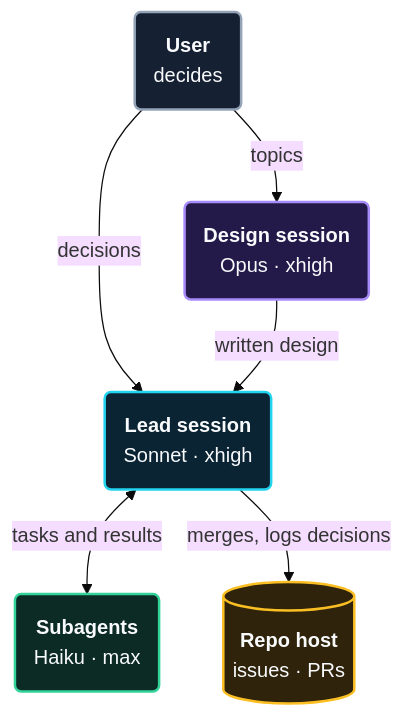
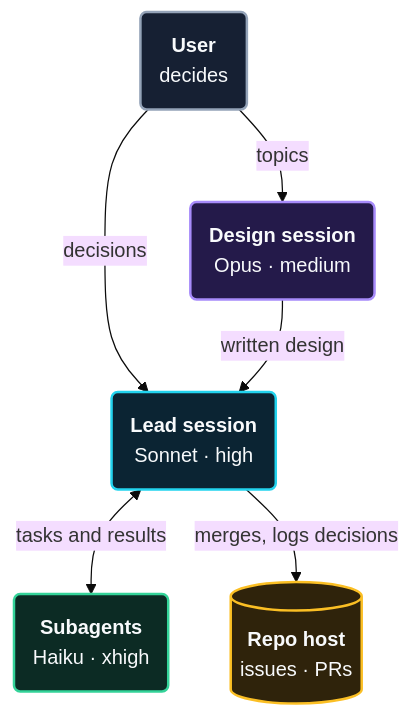
One commit to Herz-Cloud-AI-GmbH/claude-session-management changed the diagram in docs/inter-session-management.md. Above: the diagram before and after it, drawn with Mermaid (base theme). The commit also changed other lines of this file and 9 other files, not shown here.

````diff
--- a/docs/inter-session-management.md
+++ b/docs/inter-session-management.md
@@ -18,18 +18,18 @@
 ```mermaid
 flowchart TB
   User("<b>User</b><br/>decides"):::user
-  Design("<b>Design session</b><br/>Opus · xhigh"):::design
-  Lead("<b>Lead session</b><br/>Sonnet · xhigh"):::lead
-  Sub("<b>Subagents</b><br/>Haiku · max"):::sub
+  Design("<b>Design session</b><br/>Opus · medium"):::design
+  Lead("<b>Lead session</b><br/>Sonnet · high"):::lead
+  Sub("<b>Subagents</b><br/>Haiku · xhigh"):::sub
   Host[("<b>Repo host</b><br/>issues · PRs")]:::host
   User -- "topics" --> Design
   User -- "decisions" --> Lead
   Design -- "written design" --> Lead
   Lead <-->|"tasks and results"| Sub
   Lead -- "merges, logs decisions" --> Host
   classDef user fill:#162033,stroke:#94a3b8,stroke-width:2px,color:#f8fafc
   classDef design fill:#241a4a,stroke:#a78bfa,stroke-width:2px,color:#f8fafc
   classDef lead fill:#0b2433,stroke:#22d3ee,stroke-width:2px,color:#f8fafc
   classDef sub fill:#0c2b24,stroke:#34d399,stroke-width:2px,color:#f8fafc
   classDef host fill:#2f230b,stroke:#fbbf24,stroke-width:2px,color:#f8fafc
 ```
````
